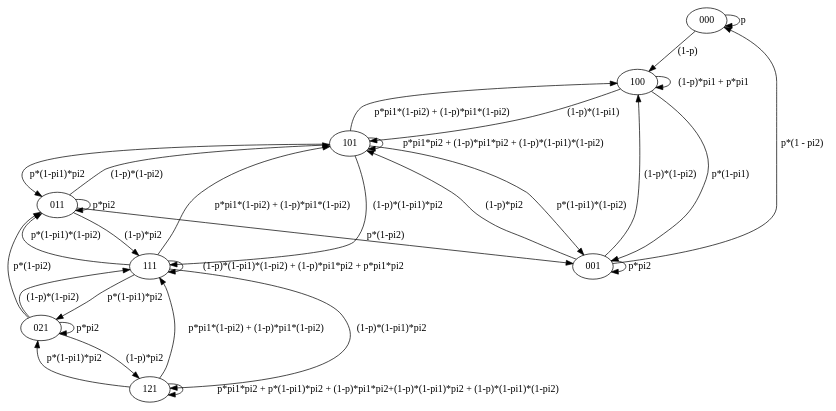
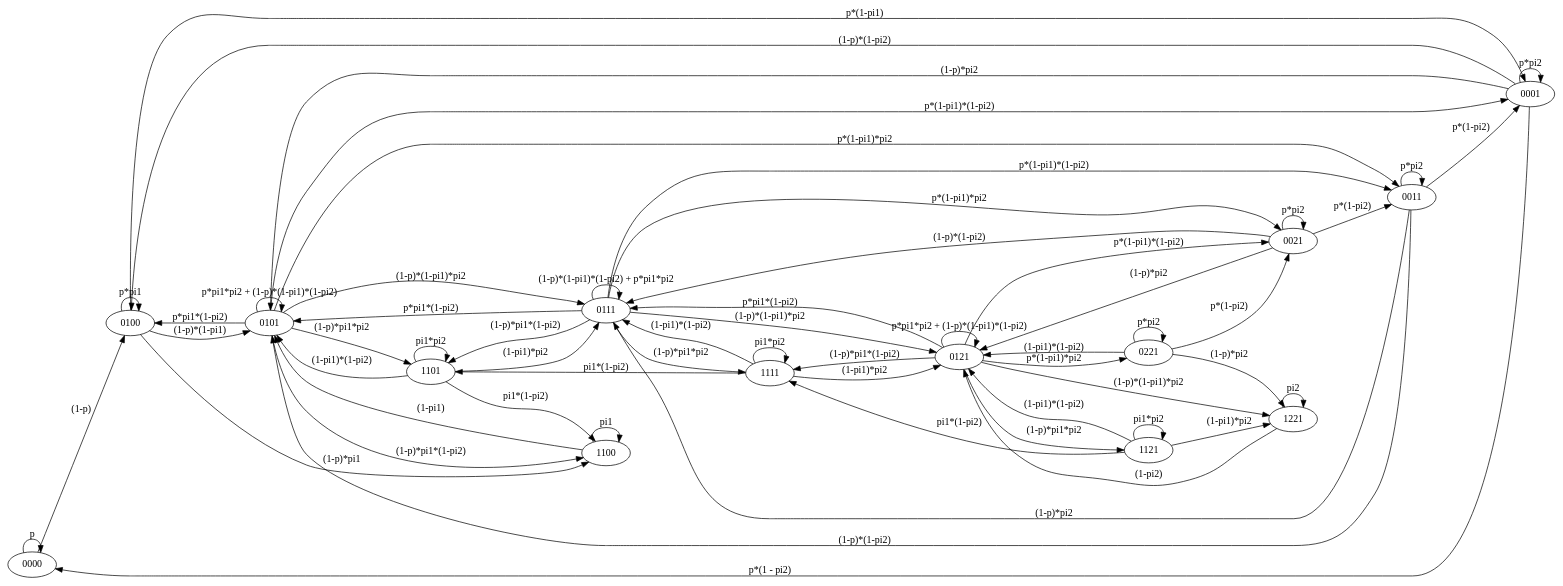
Before and after one commit to valexby/MOD: the diagram in 3/state_diagram.dot, drawn with Graphviz. The commit also changed 6 other files, not shown here.

```diff
--- a/3/state_diagram.dot
+++ b/3/state_diagram.dot
@@ -1,41 +1,84 @@
 digraph {
 
-	000 -> 000[label="p"];
-	000 -> 100[label="(1-p)"];
+rankdir=LR;
+splines=true;
+overlap=false;
+
+	0000 -> 0000[label="p"];
+	0000 -> 0100[label="(1-p)"];
+
+	0100 -> 0101[label="(1-p)*(1-pi1)"];
+    0100 -> 0001[label="p*(1-pi1)"];
+    0100 -> 0100[label="p*pi1"];
+    0100 -> 1100[label="(1-p)*pi1"];
     
-	100 -> 101[label="(1-p)*(1-pi1)"];
-    100 -> 001[label="p*(1-pi1)"];
-    100 -> 100[label="(1-p)*pi1 + p*pi1"];
 
-    001 -> 000[label="p*(1 - pi2)"];
-    001 -> 001[label="p*pi2"];
-    001 -> 100[label="(1-p)*(1-pi2)"];
-    001 -> 101[label="(1-p)*pi2"];
+    1100 -> 1100[label="pi1"];
+    1100 -> 0101[label="(1-pi1)"];
+    
 
-    101 -> 100[label="p*pi1*(1-pi2) + (1-p)*pi1*(1-pi2)"];
-    101 -> 111[label="(1-p)*(1-pi1)*pi2"];
-    101 -> 101[label="p*pi1*pi2 + (1-p)*pi1*pi2 + (1-p)*(1-pi1)*(1-pi2)"];
-    101 -> 001[label="p*(1-pi1)*(1-pi2)"];
-    101 -> 011[label="p*(1-pi1)*pi2"];
+    0001 -> 0000[label="p*(1 - pi2)"];
+    0001 -> 0001[label="p*pi2"];
+    0001 -> 0100[label="(1-p)*(1-pi2)"];
+    0001 -> 0101[label="(1-p)*pi2"];
+
+    0101 -> 0100[label="p*pi1*(1-pi2)"];
+    0101 -> 0111[label="(1-p)*(1-pi1)*pi2"];
+    0101 -> 0101[label="p*pi1*pi2 + (1-p)*(1-pi1)*(1-pi2)"];
+    0101 -> 0001[label="p*(1-pi1)*(1-pi2)"];
+    0101 -> 0011[label="p*(1-pi1)*pi2"];
+    0101 -> 1101[label="(1-p)*pi1*pi2"];
+    0101 -> 1100[label="(1-p)*pi1*(1-pi2)"];
+
+    1101 -> 1100[label="pi1*(1-pi2)"];
+    1101 -> 1101[label="pi1*pi2"]; 
+    1101 -> 0101[label="(1-pi1)*(1-pi2)"];
+    1101 -> 0111[label="(1-pi1)*pi2"];
+
+        
+    0111 -> 0011[label="p*(1-pi1)*(1-pi2)"];
+    0111 -> 0101[label="p*pi1*(1-pi2)"];
+    0111 -> 0121[label="(1-p)*(1-pi1)*pi2"];
+    0111 -> 0111[label="(1-p)*(1-pi1)*(1-pi2) + p*pi1*pi2"];
+    0111 -> 0021[label="p*(1-pi1)*pi2"];
+    0111 -> 1111[label="(1-p)*pi1*pi2"];
+    0111 -> 1101[label="(1-p)*pi1*(1-pi2)"];
+
+    1111 -> 0121[label="(1-pi1)*pi2"];
+    1111 -> 1101[label="pi1*(1-pi2)"];
+    1111 -> 0111[label="(1-pi1)*(1-pi2)"];
+    1111 -> 1111[label="pi1*pi2"];
     
-    111 -> 011[label="p*(1-pi1)*(1-pi2)"];
-    111 -> 101[label="p*pi1*(1-pi2) + (1-p)*pi1*(1-pi2)"];
-    111 -> 121[label="(1-p)*(1-pi1)*pi2"];
-    111 -> 111[label="(1-p)*(1-pi1)*(1-pi2) + (1-p)*pi1*pi2 + p*pi1*pi2"];
-    111 -> 021[label="p*(1-pi1)*pi2"];
 
-    011 -> 011[label="p*pi2"];
-    011 -> 111[label="(1-p)*pi2"];
-    011 -> 001[label="p*(1-pi2)"];
-    011 -> 101[label="(1-p)*(1-pi2)"];
+    0011 -> 0011[label="p*pi2"];
+    0011 -> 0111[label="(1-p)*pi2"];
+    0011 -> 0001[label="p*(1-pi2)"];
+    0011 -> 0101[label="(1-p)*(1-pi2)"];
 
-    121 -> 111[label="p*pi1*(1-pi2) + (1-p)*pi1*(1-pi2)"];
-    121 -> 121[label="p*pi1*pi2 + p*(1-pi1)*pi2 + (1-p)*pi1*pi2+(1-p)*(1-pi1)*pi2 + (1-p)*(1-pi1)*(1-pi2)"];
-    121 -> 021[label="p*(1-pi1)*pi2"]; //?
+    0121 -> 0111[label="p*pi1*(1-pi2)"];
+    0121 -> 0121[label="p*pi1*pi2 + (1-p)*(1-pi1)*(1-pi2)"];
+    0121 -> 0021[label="p*(1-pi1)*(1-pi2)"];
+    0121 -> 0221[label="p*(1-pi1)*pi2"];
+    0121 -> 1111[label="(1-p)*pi1*(1-pi2)"];
+    0121 -> 1121[label="(1-p)*pi1*pi2"];
+    0121 -> 1221[label="(1-p)*(1-pi1)*pi2"];
 
-    021 -> 021[label="p*pi2"];
-    021 -> 121[label="(1-p)*pi2"];
-    021 -> 111[label="(1-p)*(1-pi2)"];
-    021 -> 011[label="p*(1-pi2)"];
+    0221 -> 0121[label="(1-pi1)*(1-pi2)"];
+    0221 -> 0221[label="p*pi2"];
+    0221 -> 0021[label="p*(1-pi2)"];
+    0221 -> 1221[label="(1-p)*pi2"];
+
+    1121 -> 1121[label="pi1*pi2"];
+    1121 -> 1221[label="(1-pi1)*pi2"];
+    1121 -> 1111[label="pi1*(1-pi2)"];
+    1121 -> 0121[label="(1-pi1)*(1-pi2)"];
+
+    1221 -> 1221[label="pi2"];
+    1221 -> 0121[label="(1-pi2)"];
+    
+    0021 -> 0021[label="p*pi2"];
+    0021 -> 0121[label="(1-p)*pi2"];
+    0021 -> 0111[label="(1-p)*(1-pi2)"];
+    0021 -> 0011[label="p*(1-pi2)"];
     
 }
```
